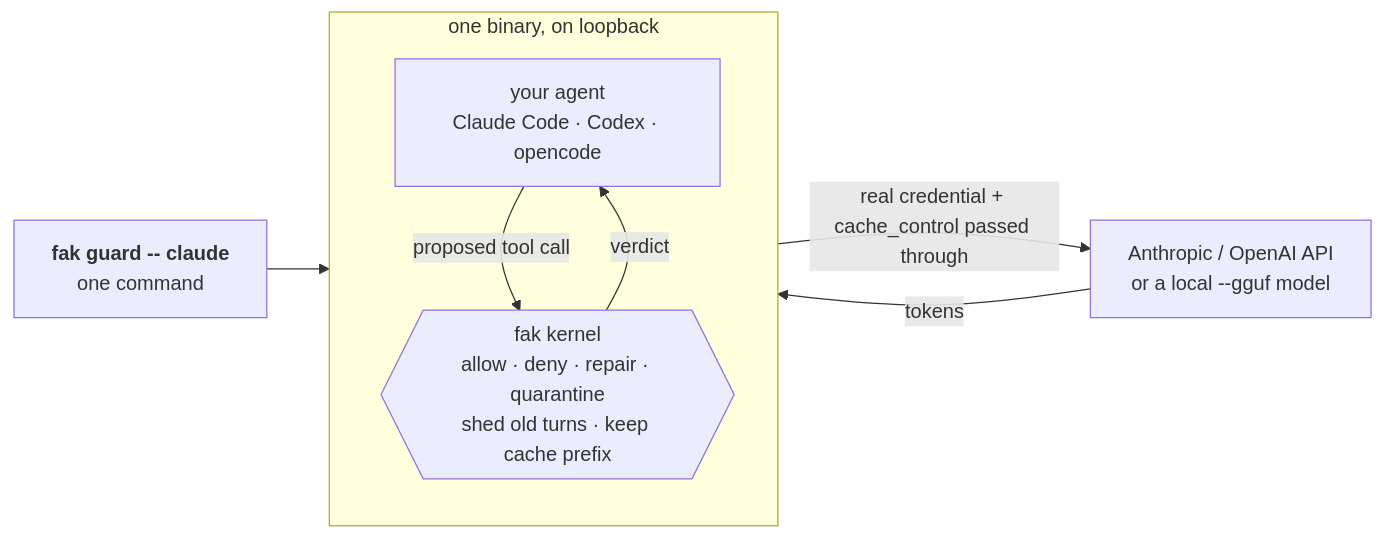
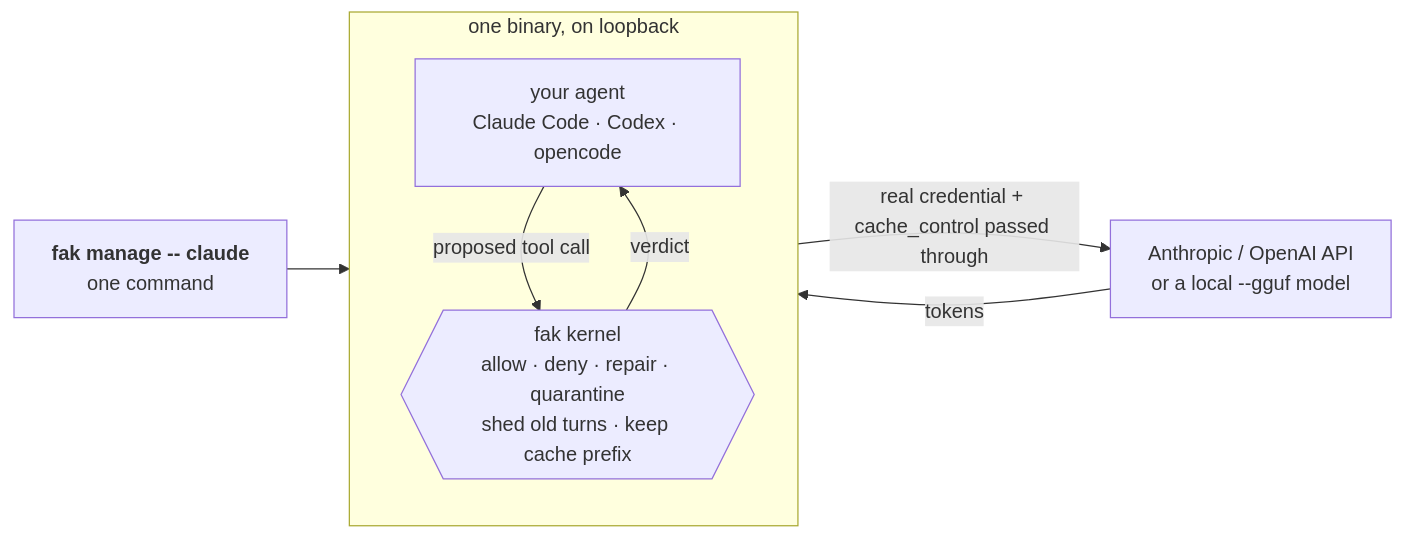
Before and after one commit to anthony-chaudhary/fak: the first of 4 diagrams in docs/README-legacy.md, drawn with Mermaid. The commit also changed other lines of this file and 249 other files, not shown here.

First line of the commit message:
docs(manage): migrate canonical launch surface (#6539) (fak managedocs)

````diff
--- a/docs/README-legacy.md
+++ b/docs/README-legacy.md
@@ -188,14 +188,14 @@
 ```mermaid
 flowchart LR
-  you["<b>fak guard -- claude</b><br/>one command"]
+  you["<b>fak manage -- claude</b><br/>one command"]
   subgraph one["one binary, on loopback"]
     direction TB
     agent["your agent<br/>Claude Code · Codex · opencode"]
     kernel{{"fak kernel<br/>allow · deny · repair · quarantine<br/>shed old turns · keep cache prefix"}}
     agent -- "proposed tool call" --> kernel
     kernel -- "verdict" --> agent
   end
   you --> agent
   kernel -- "real credential + cache_control passed through" --> up["Anthropic / OpenAI API<br/>or a local --gguf model"]
   up -- "tokens" --> kernel
 ```
````
